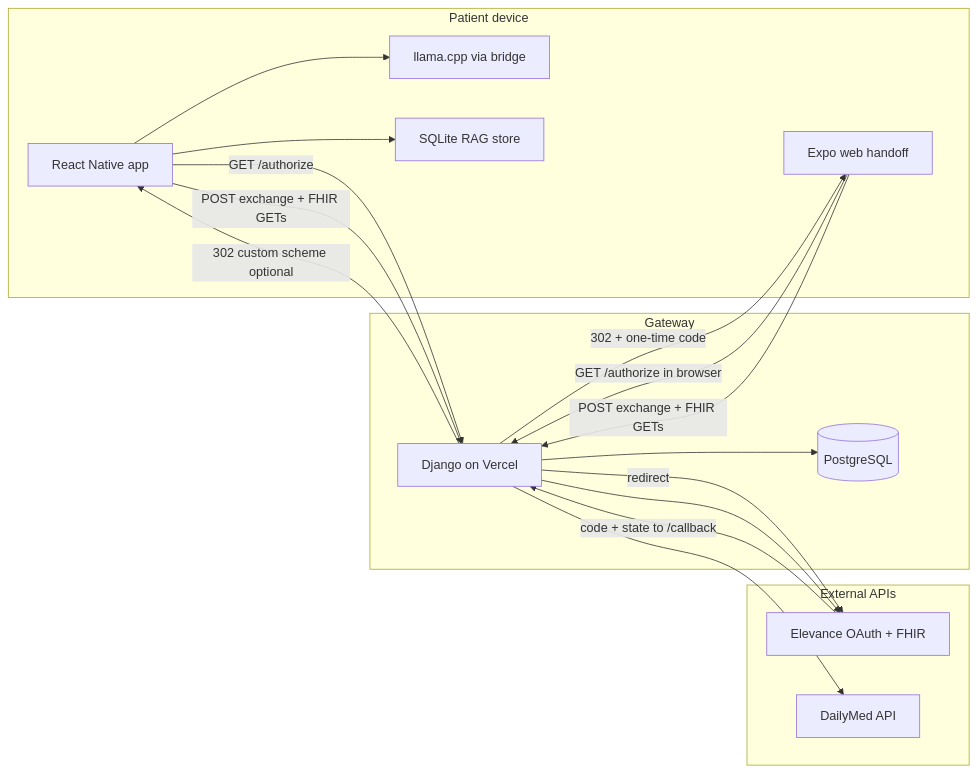
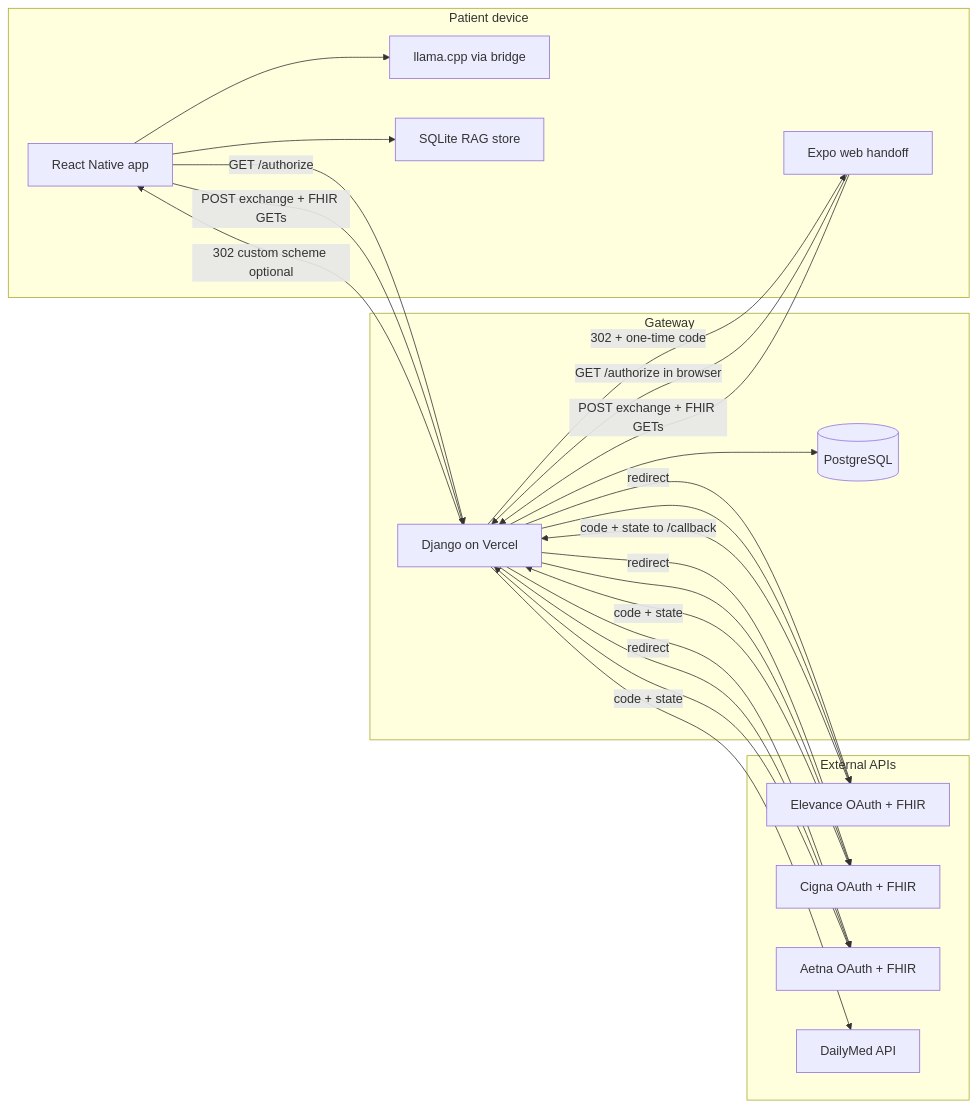
The diagram in README.md (brett96/Medicare-Retention), drawn with Mermaid before and after one commit. The commit also changed other lines of this file and 1 other file, not shown here.

Commit message:
Reverted Cigna logic

````diff
--- a/README.md
+++ b/README.md
@@ -42,33 +43,41 @@
 ```mermaid
 flowchart LR
   subgraph device [Patient device]
     RN[React Native app]
     WEB[Expo web handoff]
     LM[llama.cpp via bridge]
     SQL[SQLite RAG store]
     RN --> LM
     RN --> SQL
   end
 
   subgraph cloud [Gateway]
     DJ[Django on Vercel]
     PG[(PostgreSQL)]
     DJ --> PG
   end
 
   subgraph external [External APIs]
     EH[Elevance OAuth + FHIR]
+    CG[Cigna OAuth + FHIR]
+    AT[Aetna OAuth + FHIR]
     DM[DailyMed API]
   end
 
   RN -->|GET /authorize| DJ
   WEB -->|GET /authorize in browser| DJ
   DJ -->|redirect| EH
+  DJ -->|redirect| CG
+  DJ -->|redirect| AT
   EH -->|code + state to /callback| DJ
+  CG -->|code + state| DJ
+  AT -->|code + state| DJ
   DJ -->|302 + one-time code| WEB
   DJ -->|302 custom scheme optional| RN
   WEB -->|POST exchange + FHIR GETs| DJ
   RN -->|POST exchange + FHIR GETs| DJ
   DJ --> EH
+  DJ --> CG
+  DJ --> AT
   DJ --> DM
 ```
````
